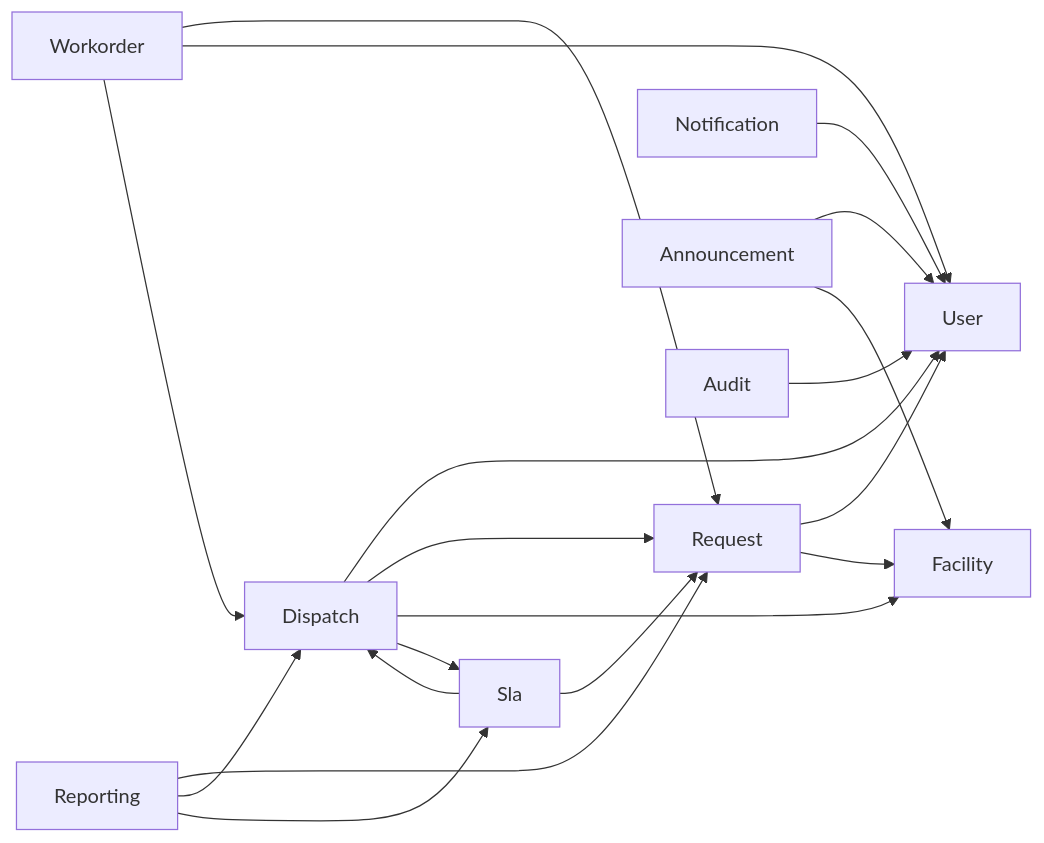
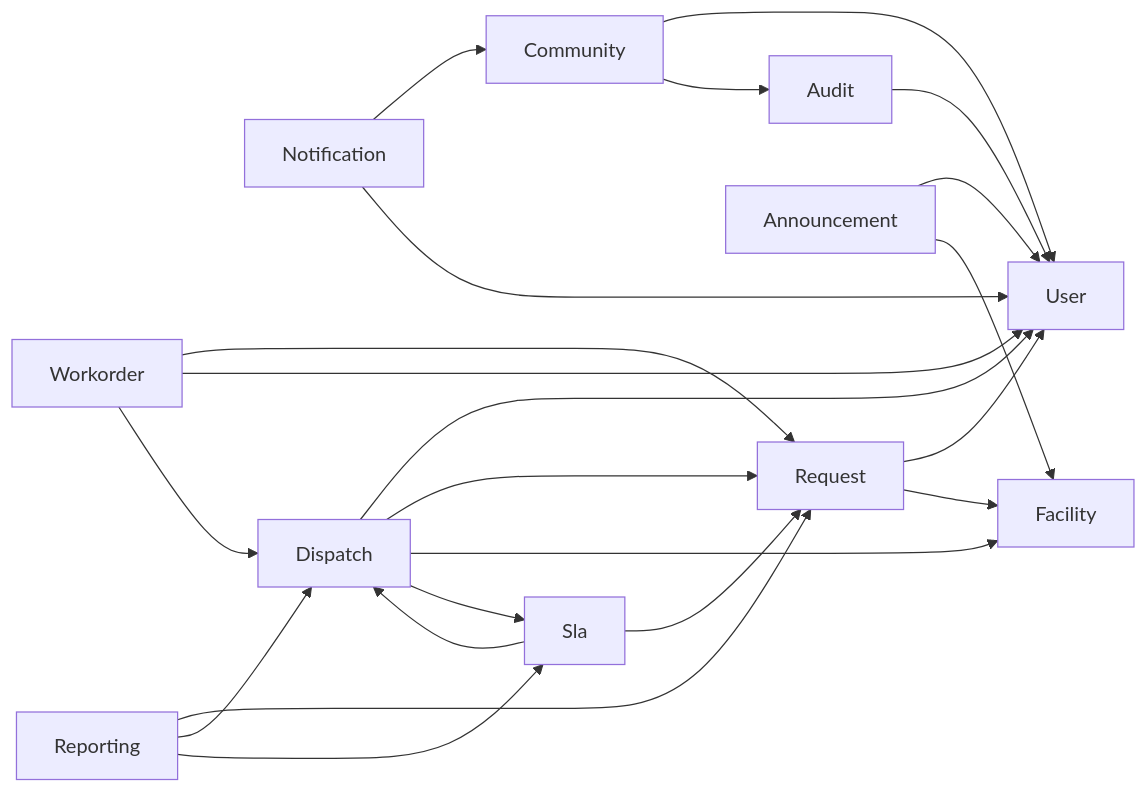
The diagram in docs/module-guide.md (Lian9374/smartfix), drawn with Mermaid before and after one commit. The commit also changed other lines of this file and 47 other files, not shown here.

````diff
--- a/docs/module-guide.md
+++ b/docs/module-guide.md
@@ -276,21 +293,24 @@
 ```mermaid
 flowchart LR
+    Community --> User
+    Notification --> Community
+    Community --> Audit
     Request --> User
     Request --> Facility
     Dispatch --> User
     Dispatch --> Request
     Dispatch --> Facility
     Dispatch --> Sla
     Workorder --> Request
     Workorder --> User
     Workorder --> Dispatch
     Sla --> Request
     Sla --> Dispatch
     Notification --> User
     Reporting --> Request
     Reporting --> Dispatch
     Reporting --> Sla
     Announcement --> User
     Announcement --> Facility
     Audit --> User
 ```
````
